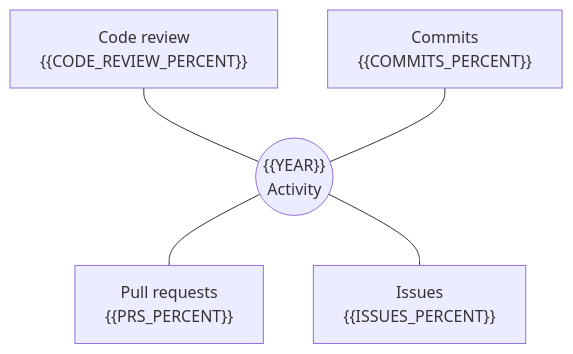
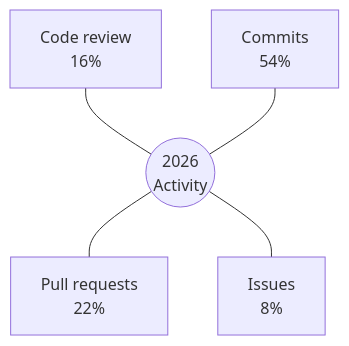
The diagram in skills/readme-design/assets/templates/styles/06-profile-activity-overview.md (3873225350/README-Design-Skill), drawn with Mermaid before and after one commit. The commit also changed other lines of this file and 14 other files, not shown here.

````diff
--- a/skills/readme-design/assets/templates/styles/06-profile-activity-overview.md
+++ b/skills/readme-design/assets/templates/styles/06-profile-activity-overview.md
@@ -19,13 +21,13 @@
 ```mermaid
 flowchart TB
-    Review["Code review<br/>{{CODE_REVIEW_PERCENT}}"]
-    Center(("{{YEAR}}<br/>Activity"))
-    PRs["Pull requests<br/>{{PRS_PERCENT}}"]
-    Commits["Commits<br/>{{COMMITS_PERCENT}}"]
-    Issues["Issues<br/>{{ISSUES_PERCENT}}"]
+    Review["Code review<br/>16%"]
+    Center(("2026<br/>Activity"))
+    PRs["Pull requests<br/>22%"]
+    Commits["Commits<br/>54%"]
+    Issues["Issues<br/>8%"]
 
     Review --- Center
     Center --- PRs
     Commits --- Center
     Center --- Issues
 ```
````
